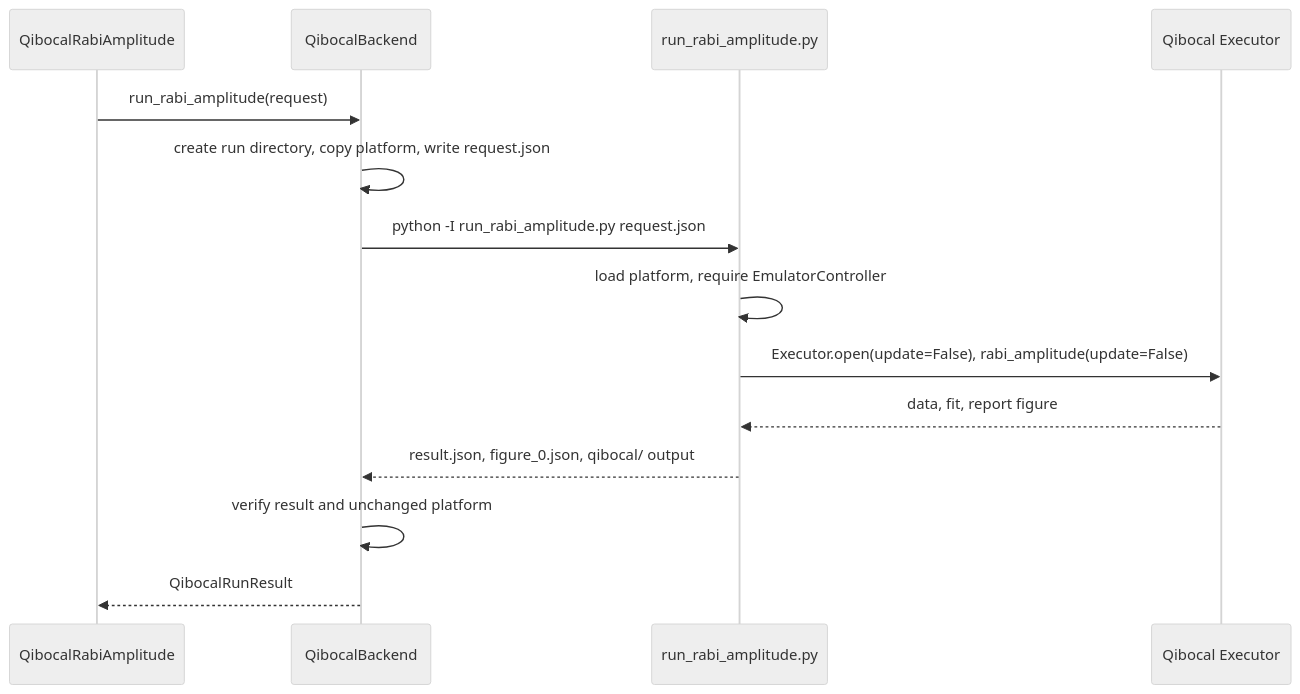
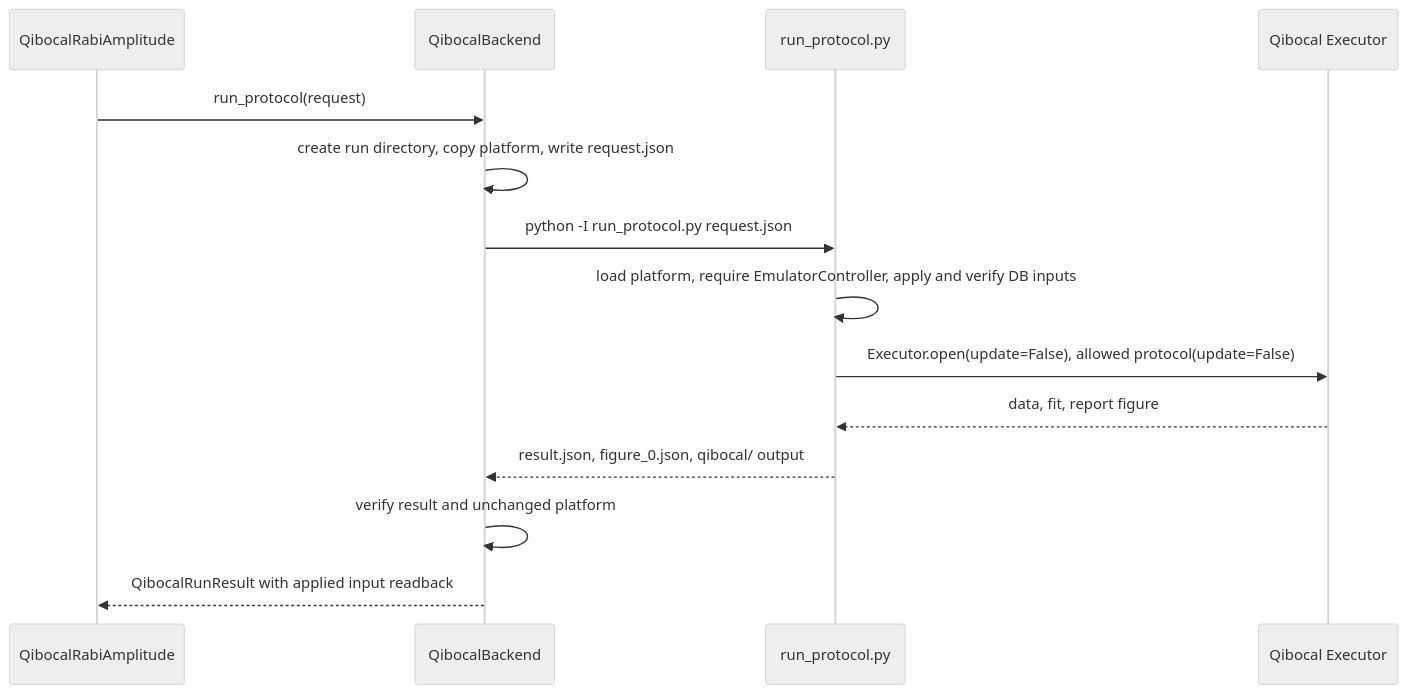
The diagram in docs/developer-guide/workflow/qibocal-backend.md (oqtopus-team/qdash), drawn with Mermaid (neutral theme) before and after one commit. The commit also changed other lines of this file and 71 other files, not shown here.

````diff
--- a/docs/developer-guide/workflow/qibocal-backend.md
+++ b/docs/developer-guide/workflow/qibocal-backend.md
@@ -16,17 +20,17 @@
 ```mermaid
 sequenceDiagram
     participant Task as QibocalRabiAmplitude
     participant Backend as QibocalBackend
-    participant Runner as run_rabi_amplitude.py
+    participant Runner as run_protocol.py
     participant Qibocal as Qibocal Executor
 
-    Task->>Backend: run_rabi_amplitude(request)
+    Task->>Backend: run_protocol(request)
     Backend->>Backend: create run directory, copy platform, write request.json
-    Backend->>Runner: python -I run_rabi_amplitude.py request.json
-    Runner->>Runner: load platform, require EmulatorController
-    Runner->>Qibocal: Executor.open(update=False), rabi_amplitude(update=False)
+    Backend->>Runner: python -I run_protocol.py request.json
+    Runner->>Runner: load platform, require EmulatorController, apply and verify DB inputs
+    Runner->>Qibocal: Executor.open(update=False), allowed protocol(update=False)
     Qibocal-->>Runner: data, fit, report figure
     Runner-->>Backend: result.json, figure_0.json, qibocal/ output
     Backend->>Backend: verify result and unchanged platform
-    Backend-->>Task: QibocalRunResult
+    Backend-->>Task: QibocalRunResult with applied input readback
 ```
````
